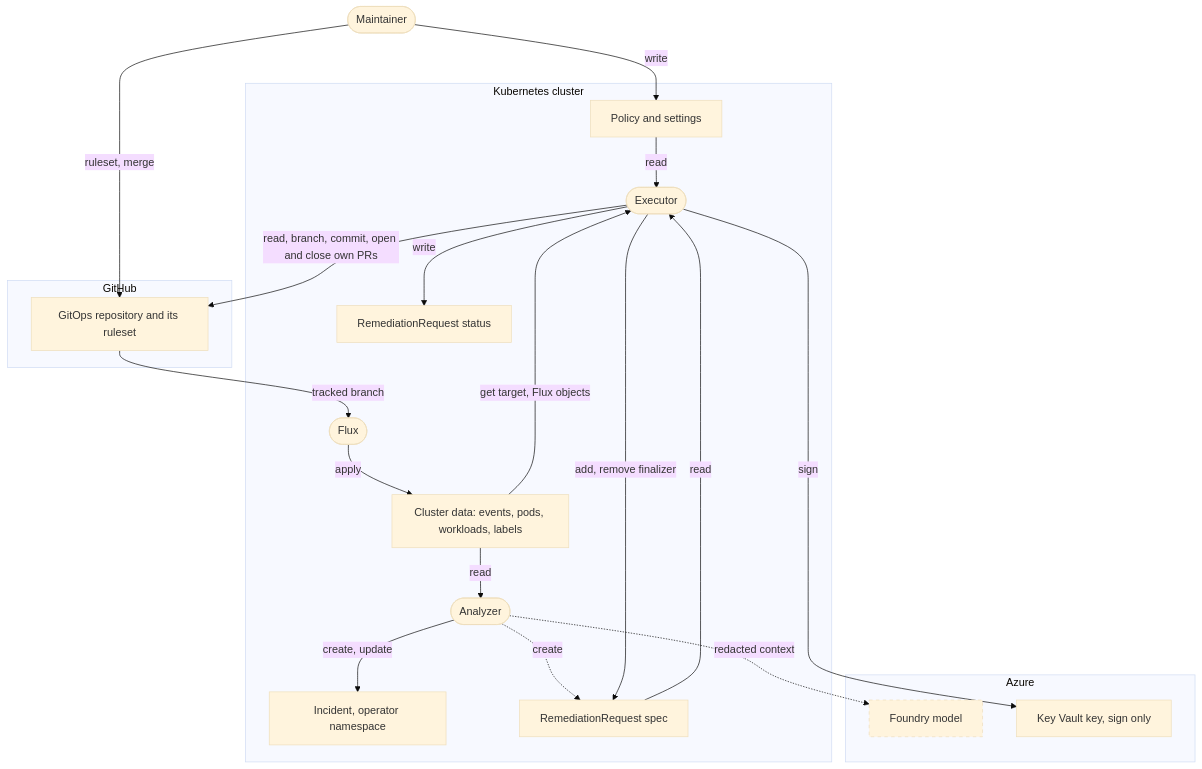
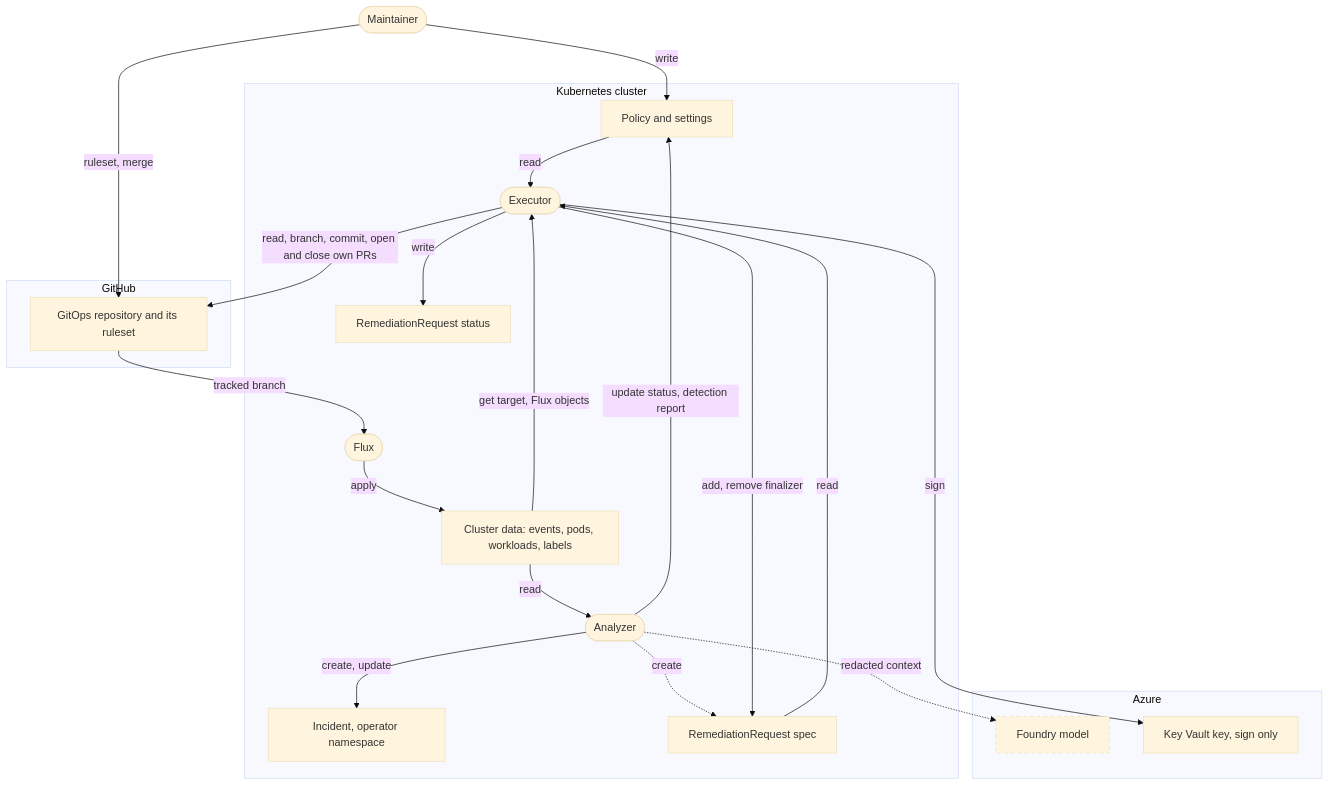
Before and after one commit to pkalin/shadewright: the diagram in docs/threat-model.md, drawn with Mermaid (base theme). The commit also changed other lines of this file and 40 other files, not shown here.

First line of the commit message:
feat(platforms): detect the platform, report it in settings status and add the generic and AKS modules (#226)

````diff
--- a/docs/threat-model.md
+++ b/docs/threat-model.md
@@ -28,38 +28,39 @@
 ```mermaid
 flowchart TB
     admin([Maintainer])
     subgraph cluster [Kubernetes cluster]
         data["Cluster data: events, pods, workloads, labels"]
         an([Analyzer])
         inc["Incident, operator namespace"]
         rr["RemediationRequest spec"]
         pol["Policy and settings"]
         ex([Executor])
         st["RemediationRequest status"]
         flux([Flux])
     end
     subgraph azure [Azure]
         fm[Foundry model]
         kv["Key Vault key, sign only"]
     end
     subgraph github [GitHub]
         repo["GitOps repository and its ruleset"]
     end
     data -- read --> an
     an -- create, update --> inc
+    an -- update status, detection report --> pol
     an -. redacted context .-> fm
     an -. create .-> rr
     rr -- read --> ex
     pol -- read --> ex
     data -- get target, Flux objects --> ex
     ex -- write --> st
     ex -- sign --> kv
     ex -- read, branch, commit, open and close own PRs --> repo
     ex -- add, remove finalizer --> rr
     repo -- tracked branch --> flux
     flux -- apply --> data
     admin -- write --> pol
     admin -- ruleset, merge --> repo
     classDef planned stroke-dasharray: 5 5
     class fm planned
 ```
````
